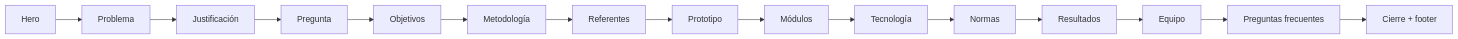
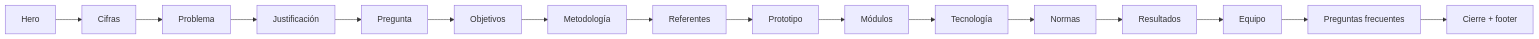
One commit to SantyCardo/vr-landing-page changed the second of 4 diagrams in README.md. Above: the diagram before and after it, drawn with Mermaid. The commit also changed 4 other files, not shown here.

Commit message:
feat: franja de cifras con fuentes antes del problema

````diff
--- a/README.md
+++ b/README.md
@@ -81,7 +81,7 @@
 ```mermaid
 flowchart LR
-    A["Hero"] --> B["Problema"] --> C["Justificación"] --> D["Pregunta"] --> E["Objetivos"]
+    A["Hero"] --> A2["Cifras"] --> B["Problema"] --> C["Justificación"] --> D["Pregunta"] --> E["Objetivos"]
     E --> F["Metodología"] --> G["Referentes"] --> H["Prototipo"] --> I["Módulos"]
     I --> J["Tecnología"] --> K["Normas"] --> L["Resultados"]
     L --> N["Equipo"] --> O["Preguntas frecuentes"] --> P["Cierre + footer"]
 ```
````
